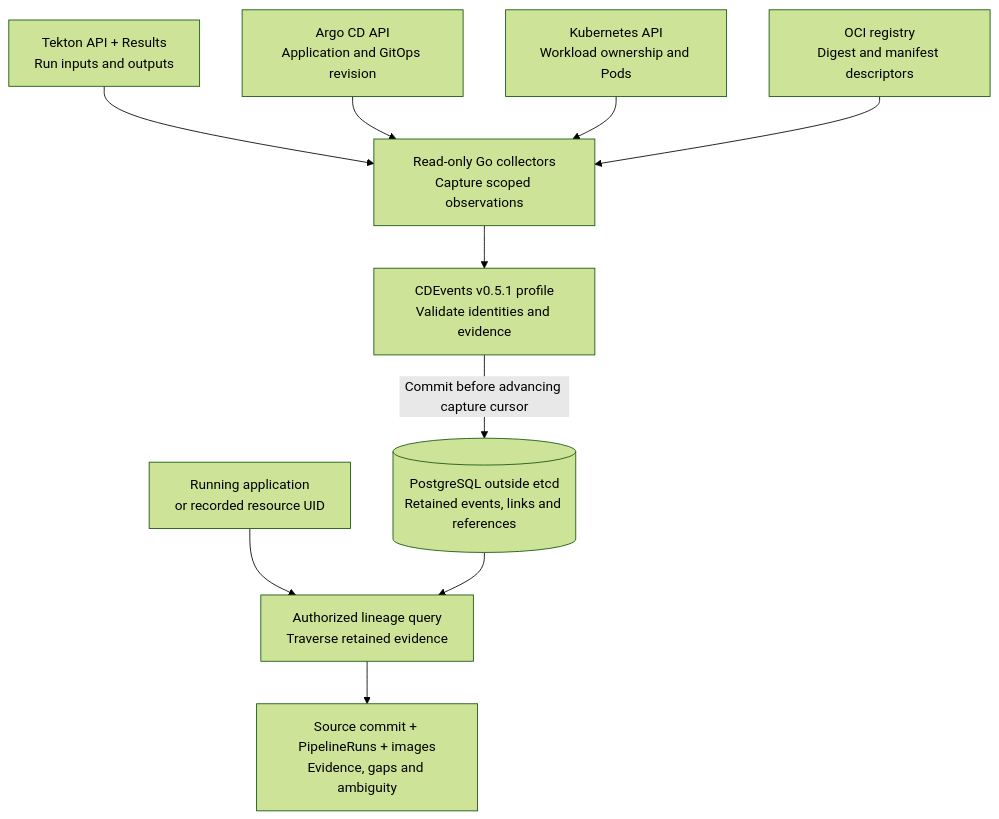
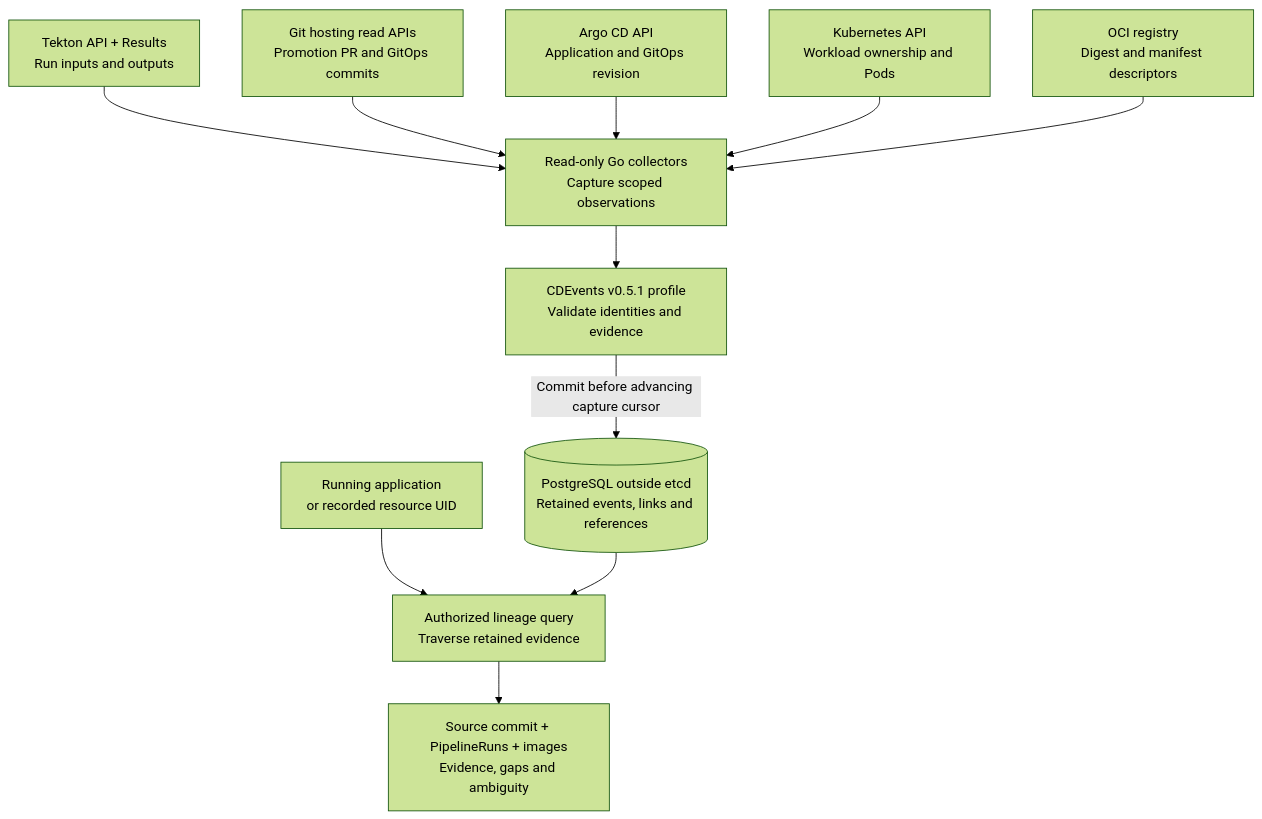
The diagram in ADR/0008-tekton-argo-deployment-lineage.md (openshift-pipelines/architecture), drawn with Mermaid (forest theme) before and after one commit. The commit also changed other lines of this file, not shown here.

````diff
--- a/ADR/0008-tekton-argo-deployment-lineage.md
+++ b/ADR/0008-tekton-argo-deployment-lineage.md
@@ -39,22 +39,24 @@
 ```mermaid
 flowchart TB
   T["Tekton API + Results<br/>Run inputs and outputs"]
+  G["Git hosting read APIs<br/>Promotion PR and GitOps commits"]
   A["Argo CD API<br/>Application and GitOps revision"]
   K["Kubernetes API<br/>Workload ownership and Pods"]
   O["OCI registry<br/>Digest and manifest descriptors"]
   C["Read-only Go collectors<br/>Capture scoped observations"]
   N["CDEvents v0.5.1 profile<br/>Validate identities and evidence"]
   P[("PostgreSQL outside etcd<br/>Retained events, links and references")]
   U["Running application<br/>or recorded resource UID"]
   Q["Authorized lineage query<br/>Traverse retained evidence"]
   R["Source commit + PipelineRuns + images<br/>Evidence, gaps and ambiguity"]
   T --> C
+  G --> C
   A --> C
   K --> C
   O --> C
   C --> N
   N -->|"Commit before advancing capture cursor"| P
   U --> Q
   P --> Q
   Q --> R
 ```
````
